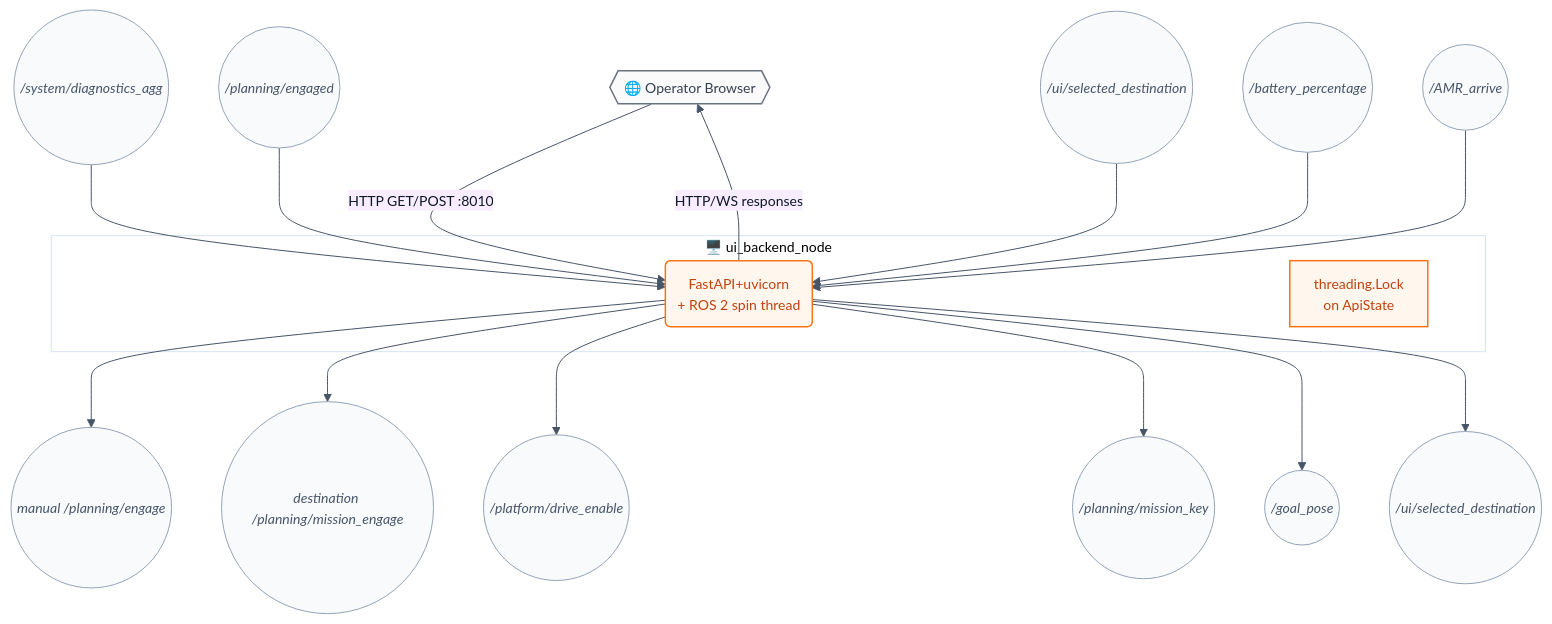
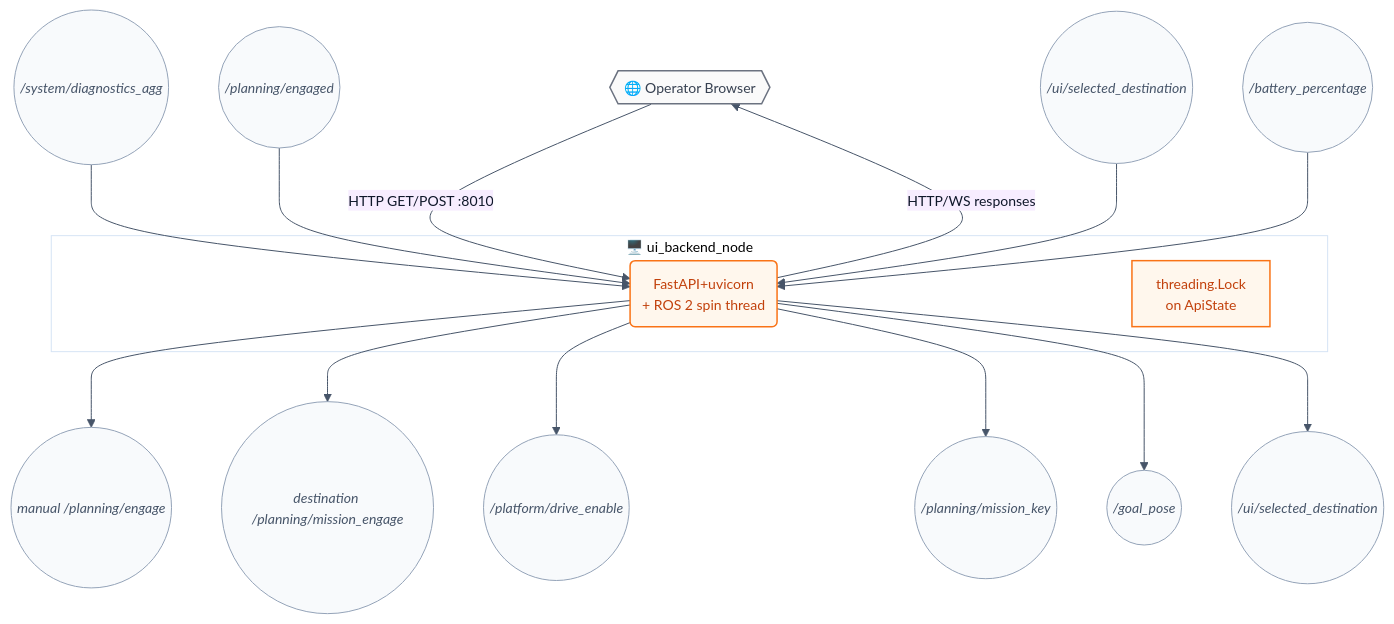
Before and after one commit to hwanhonglee/CAMROD: the second of 5 diagrams in camrod_ui/README.md, drawn with Mermaid. The commit also changed other lines of this file and 16 other files, not shown here.

````diff
--- a/camrod_ui/README.md
+++ b/camrod_ui/README.md
@@ -89,28 +89,27 @@
 ```mermaid
 %%{init: {'theme': 'base', 'themeVariables': {'fontFamily': 'ui-sans-serif, system-ui, sans-serif', 'fontSize': '14px', 'primaryColor': '#FFF7ED', 'primaryTextColor': '#0F172A', 'primaryBorderColor': '#F97316', 'lineColor': '#475569'}, 'flowchart': {'curve': 'basis', 'htmlLabels': true, 'padding': 12}}}%%
 graph TD
   BROWSER{{🌐 Operator Browser}}:::hardware -->|HTTP GET/POST :8010| BACKEND
 
   subgraph BACKEND_BOX["🖥️ ui_backend_node"]
     BACKEND(FastAPI+uvicorn\n+ ROS 2 spin thread):::ui
     NOTE[threading.Lock\non ApiState]:::ui
   end
 
   DIAGAGG((/system/diagnostics_agg)):::topic     --> BACKEND
   ENGAGED((/planning/engaged)):::topic    --> BACKEND
   DEST((/ui/selected_destination)):::topic --> BACKEND
   BATTERY((/battery_percentage)):::topic  --> BACKEND
-  ARRIVE((/AMR_arrive)):::topic           --> BACKEND
 
   BACKEND -->|HTTP/WS responses| BROWSER
   BACKEND --> ENGAGE((manual /planning/engage)):::topic
   BACKEND --> MISSIONENGAGE((destination /planning/mission_engage)):::topic
   BACKEND --> DRIVEENABLE((/platform/drive_enable)):::topic
   BACKEND --> MISSIONKEY((/planning/mission_key)):::topic
   BACKEND --> GOALPOSE((/goal_pose)):::topic
   BACKEND --> DEST2((/ui/selected_destination)):::topic
 
   classDef ui       fill:#FFF7ED,stroke:#F97316,stroke-width:1.5px,color:#C2410C;
   classDef hardware fill:#FAFAFA,stroke:#6B7280,stroke-width:1.5px,color:#374151;
   classDef topic    fill:#F8FAFC,stroke:#94A3B8,stroke-width:1px,color:#475569,font-style:italic;
 ```
````
